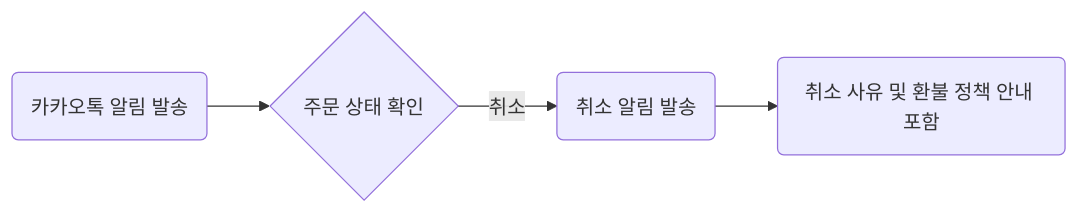
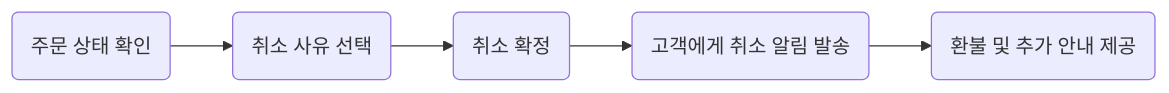
One commit to Dev-FE-3/team4-phoenix-CustomService changed diagram 12 of 13 in design/기능정의서.md. Above: the diagram before and after it, drawn with Mermaid. The commit also changed other lines of this file, not shown here.

````diff
--- a/design/기능정의서.md
+++ b/design/기능정의서.md
@@ -405,7 +458,8 @@
 ```mermaid
 flowchart LR
-A(카카오톡 알림 발송) --> B{주문 상태 확인}
-B --> |취소| C(취소 알림 발송)
-C --> D(취소 사유 및 환불 정책 안내 포함)
+A(주문 상태 확인) --> B(취소 사유 선택)
+B --> C(취소 확정)
+C --> D(고객에게 취소 알림 발송)
+D --> E(환불 및 추가 안내 제공)
 
 ```
````
